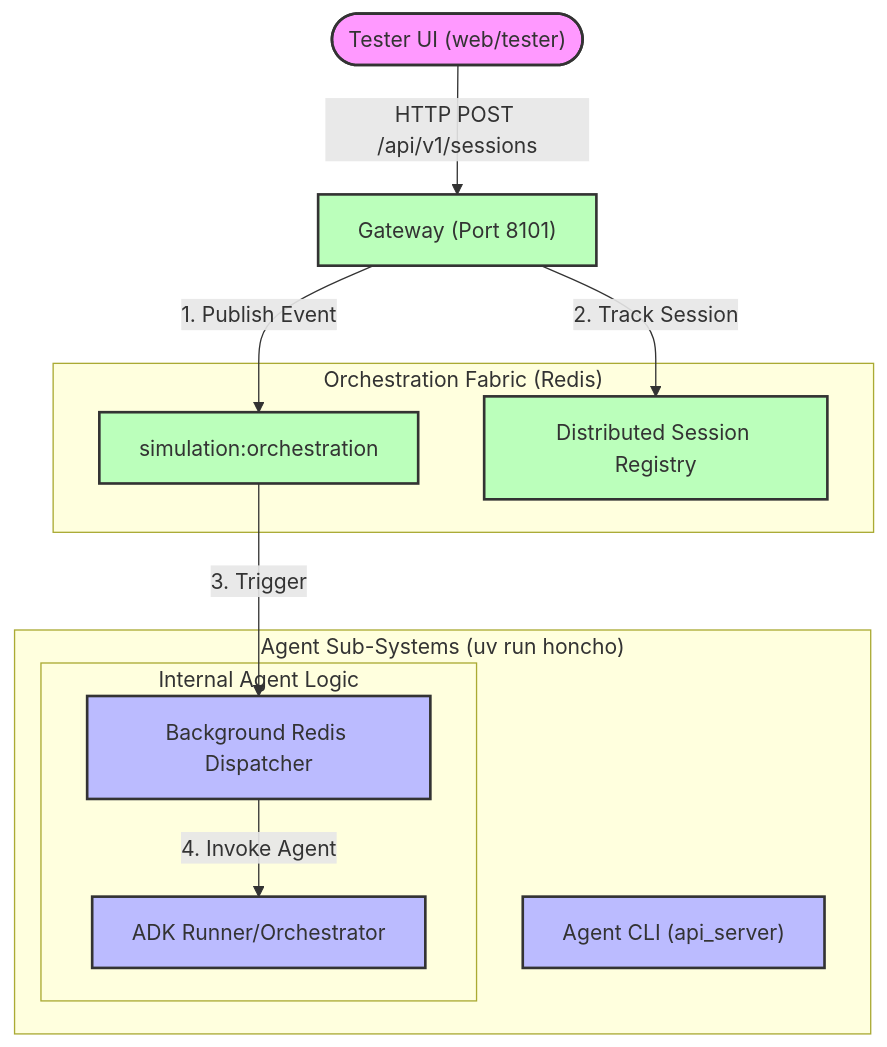
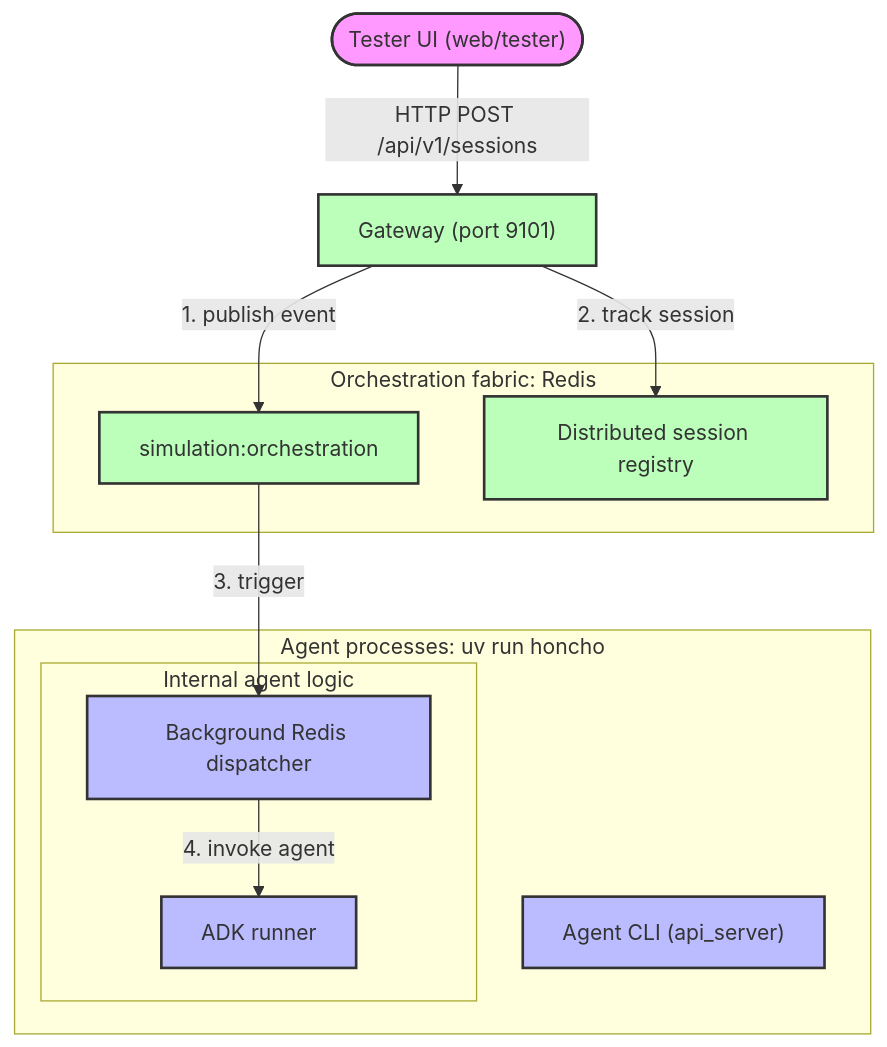
Before and after one commit to GoogleCloudPlatform/race-condition: the first of 2 diagrams in docs/architecture/agent_architecture.md, drawn with Mermaid. The commit also changed other lines of this file and 24 other files, not shown here.

````diff
--- a/docs/architecture/agent_architecture.md
+++ b/docs/architecture/agent_architecture.md
@@ -12,28 +11,28 @@
 ```mermaid
 graph TD
     classDef external fill:#f9f,stroke:#333,stroke-width:2px;
     classDef core fill:#bbf,stroke:#333,stroke-width:2px;
     classDef infra fill:#bfb,stroke:#333,stroke-width:2px;
 
     Client(["Tester UI (web/tester)"]):::external
-    Gateway["Gateway (Port 8101)"]:::infra
+    Gateway["Gateway (port 9101)"]:::infra
 
-    subgraph "Orchestration Fabric (Redis)"
+    subgraph Orchestration[Orchestration fabric: Redis]
         Orch_Chan["simulation:orchestration"]:::infra
-        Registry["Distributed Session Registry"]:::infra
+        Registry["Distributed session registry"]:::infra
     end
 
-    subgraph "Agent Sub-Systems (uv run honcho)"
+    subgraph Agents[Agent processes: uv run honcho]
         Agent_Process["Agent CLI (api_server)"]:::core
-        subgraph "Internal Agent Logic"
-            Dispatcher["Background Redis Dispatcher"]:::core
-            Runner["ADK Runner/Orchestrator"]:::core
+        subgraph Internal[Internal agent logic]
+            Dispatcher["Background Redis dispatcher"]:::core
+            Runner["ADK runner"]:::core
         end
     end
 
     Client -->|HTTP POST /api/v1/sessions| Gateway
-    Gateway -->|1. Publish Event| Orch_Chan
-    Gateway -->|2. Track Session| Registry
-    Orch_Chan -->|3. Trigger| Dispatcher
-    Dispatcher -->|4. Invoke Agent| Runner
+    Gateway -->|1. publish event| Orch_Chan
+    Gateway -->|2. track session| Registry
+    Orch_Chan -->|3. trigger| Dispatcher
+    Dispatcher -->|4. invoke agent| Runner
 ```
````
